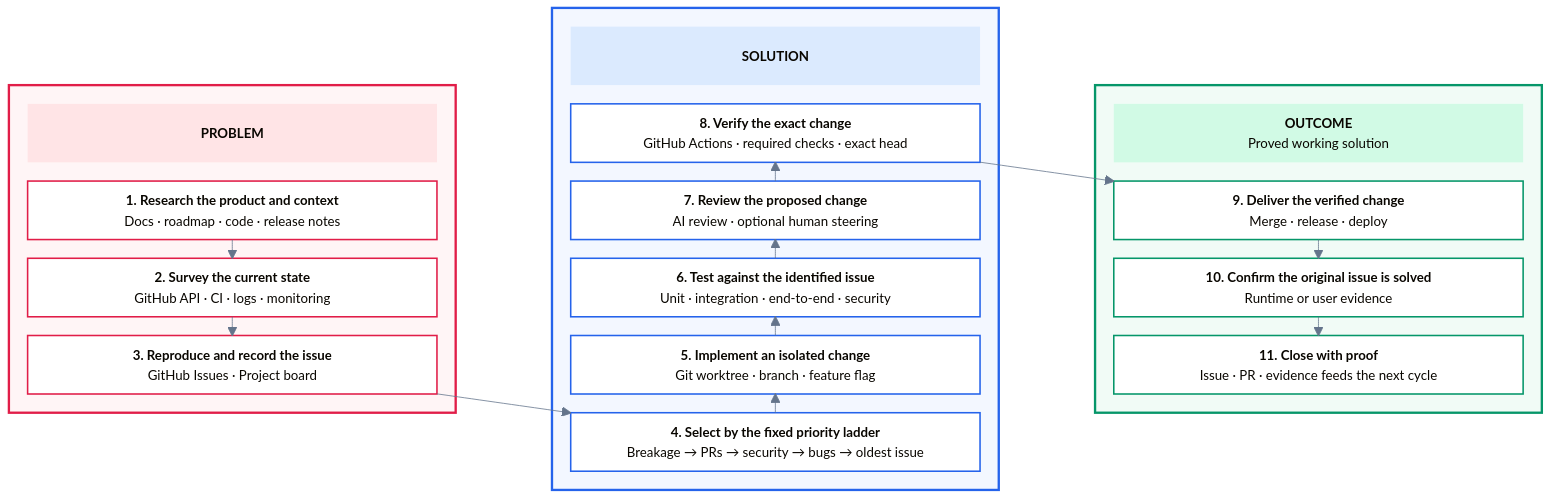
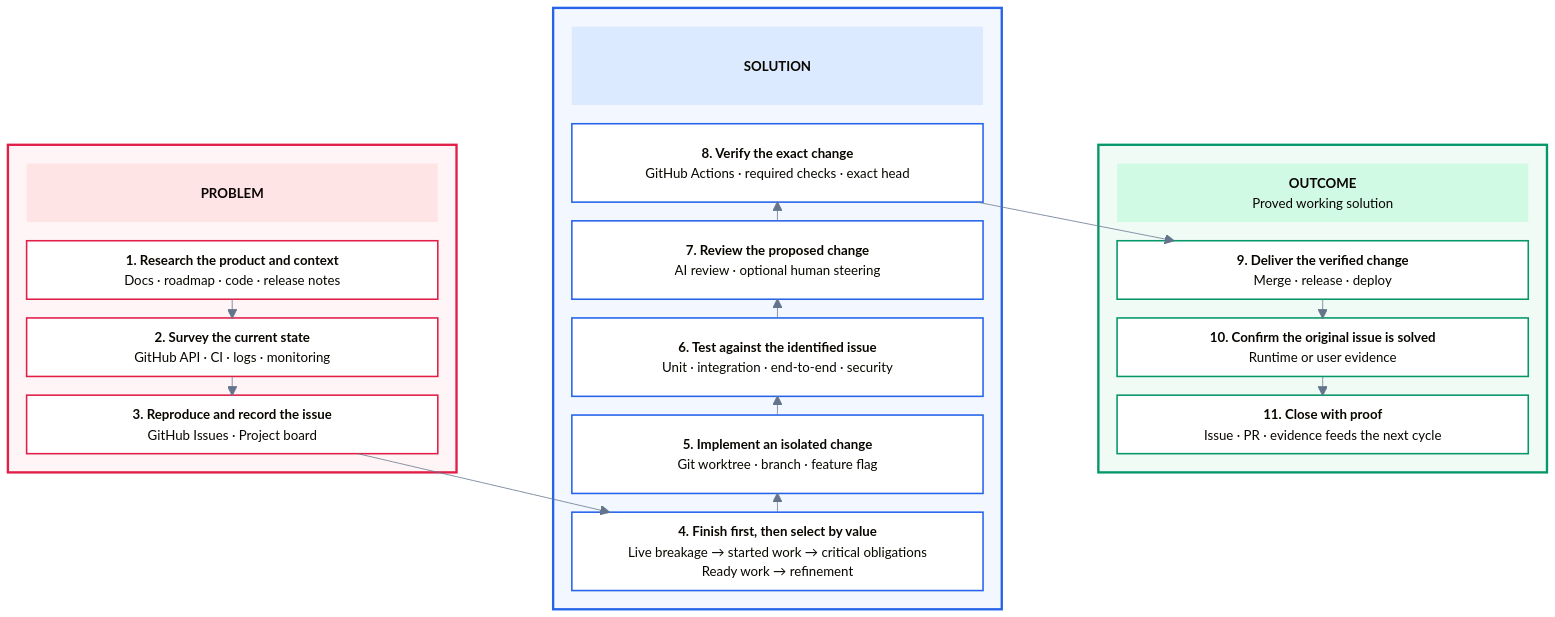
The diagram in src/content/docs/agentic-engineering.mdx (devantler-tech/business-site), drawn with Mermaid before and after one commit. The commit also changed other lines of this file and 2 other files, not shown here.

Commit message:
docs: explain finish-first engineering selection (#299)
* docs: explain finish-first engineering selection

* docs: qualify live breakage in the process diagram

Refs #297. Align the standalone diagram with the existing live-breakage rule without changing the remaining order.

* docs: retire the raster diagram maintenance instructions

Refs #297. Preserve the historical authored diagram and its provenance without claiming it is still displayed or requiring regeneration of an unused duplicate.

````diff
--- a/src/content/docs/agentic-engineering.mdx
+++ b/src/content/docs/agentic-engineering.mdx
@@ -14,76 +14,76 @@
 ```mermaid
 %%{init: {
   "theme": "base",
   "themeVariables": {
     "background": "#ffffff",
     "fontFamily": "Arial, Helvetica, sans-serif",
     "fontSize": "17px",
     "lineColor": "#64748b",
     "primaryTextColor": "#0f172a"
   },
   "themeCSS": ".nodeLabel, .edgeLabel, .blockLabel { font-family: Arial, Helvetica, sans-serif !important; } .flowchart-link { stroke: #475569 !important; stroke-width: 3px !important; } .arrowMarkerPath { fill: #475569 !important; stroke: #475569 !important; }",
   "block": {"padding": 24}
 }}%%
 
 block-beta
   columns 20
 
   block:Problem:6
     columns 1
     PH["<b>PROBLEM</b>"]
     P1["<b>1. Research the product and context</b><br/>Docs · roadmap · code · release notes"]
     P2["<b>2. Survey the current state</b><br/>GitHub API · CI · logs · monitoring"]
     P3["<b>3. Reproduce and record the issue</b><br/>GitHub Issues · Project board"]
   end
 
   space
 
   block:Solution:6
     columns 1
     SH["<b>SOLUTION</b>"]
     S5["<b>8. Verify the exact change</b><br/>GitHub Actions · required checks · exact head"]
     S4["<b>7. Review the proposed change</b><br/>AI review · optional human steering"]
     S3["<b>6. Test against the identified issue</b><br/>Unit · integration · end-to-end · security"]
     S2["<b>5. Implement an isolated change</b><br/>Git worktree · branch · feature flag"]
-    S1["<b>4. Select by the fixed priority ladder</b><br/>Breakage → PRs → security → bugs → oldest issue"]
+    S1["<b>4. Finish first, then select by value</b><br/>Live breakage → started work → critical obligations<br/>Ready work → refinement"]
   end
 
   space
 
   block:Outcome:6
     columns 1
     OH["<b>OUTCOME</b><br/>Proved working solution"]
     O1["<b>9. Deliver the verified change</b><br/>Merge · release · deploy"]
     O2["<b>10. Confirm the original issue is solved</b><br/>Runtime or user evidence"]
     O3["<b>11. Close with proof</b><br/>Issue · PR · evidence feeds the next cycle"]
   end
 
   P1 --> P2
   P2 --> P3
   P3 --> S1
   S1 --> S2
   S2 --> S3
   S3 --> S4
   S4 --> S5
   S5 --> O1
   O1 --> O2
   O2 --> O3
 
   style P1 fill:#ffffff,stroke:#e11d48,stroke-width:2px,color:#4c0519
   style P2 fill:#ffffff,stroke:#e11d48,stroke-width:2px,color:#4c0519
   style P3 fill:#ffffff,stroke:#e11d48,stroke-width:2px,color:#4c0519
   style S1 fill:#ffffff,stroke:#2563eb,stroke-width:2px,color:#172554
   style S2 fill:#ffffff,stroke:#2563eb,stroke-width:2px,color:#172554
   style S3 fill:#ffffff,stroke:#2563eb,stroke-width:2px,color:#172554
   style S4 fill:#ffffff,stroke:#2563eb,stroke-width:2px,color:#172554
   style S5 fill:#ffffff,stroke:#2563eb,stroke-width:2px,color:#172554
   style O1 fill:#ffffff,stroke:#059669,stroke-width:2px,color:#064e3b
   style O2 fill:#ffffff,stroke:#059669,stroke-width:2px,color:#064e3b
   style O3 fill:#ffffff,stroke:#059669,stroke-width:2px,color:#064e3b
   style PH fill:#ffe4e6,stroke:#e11d48,stroke-width:0px,color:#881337
   style SH fill:#dbeafe,stroke:#2563eb,stroke-width:0px,color:#172554
   style OH fill:#d1fae5,stroke:#059669,stroke-width:0px,color:#064e3b
   style Problem fill:#fff5f6,stroke:#e11d48,stroke-width:3px
   style Solution fill:#f3f7ff,stroke:#2563eb,stroke-width:3px
   style Outcome fill:#f1fbf6,stroke:#059669,stroke-width:3px
 ```
````
